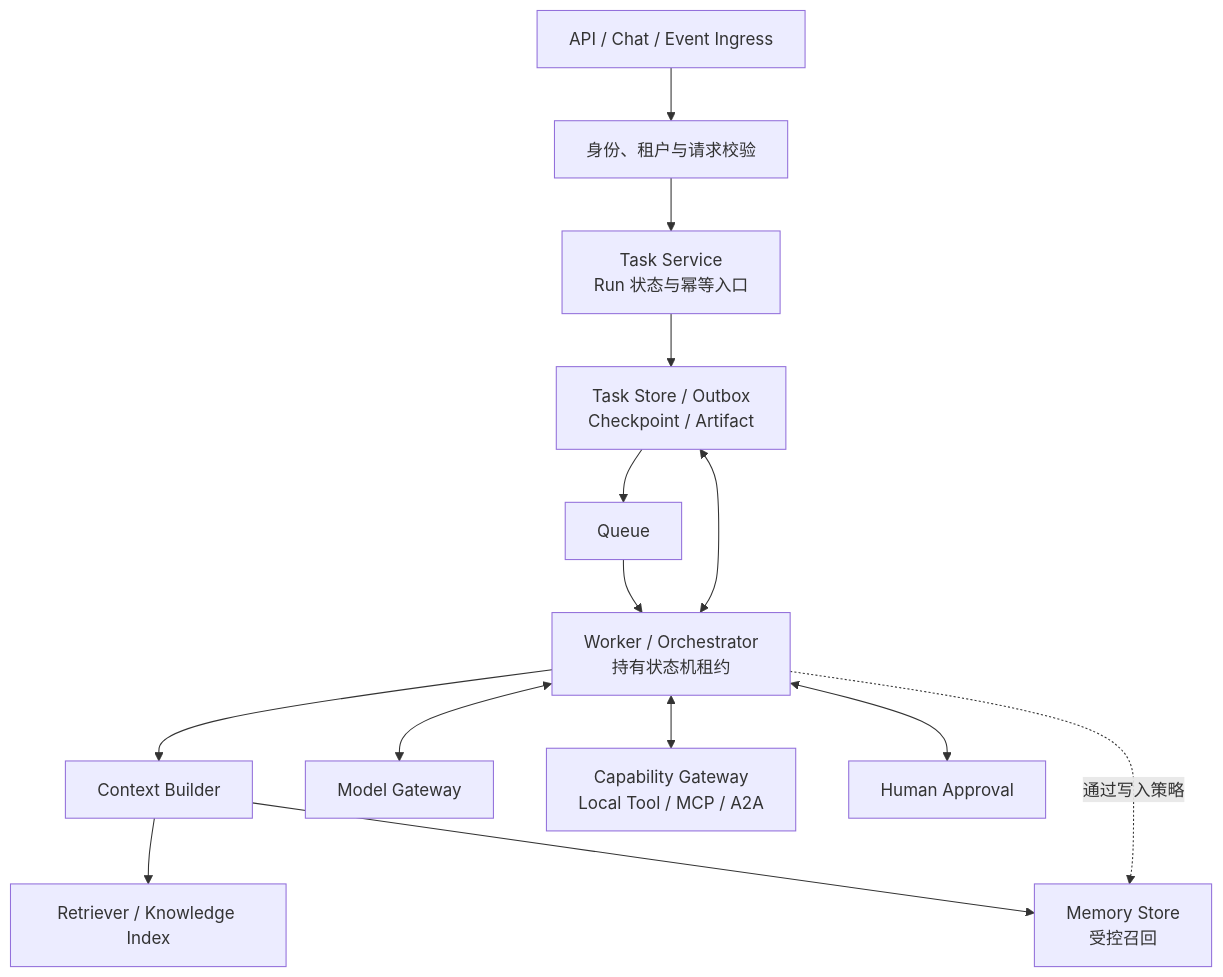
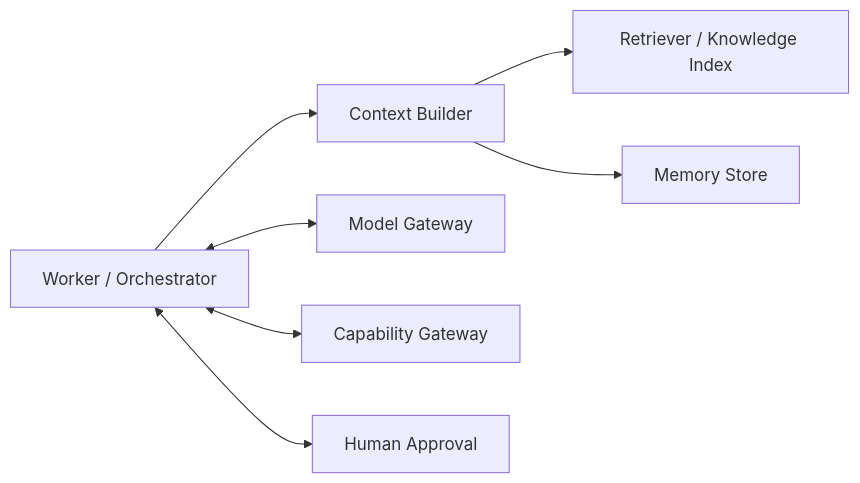
Before and after one commit to FoLaJJ/agent-systems-notes: the second of 7 diagrams in docs/15-production-agent-runtime.md, drawn with Mermaid. The commit also changed other lines of this file and 11 other files, not shown here.

Commit message:
Improve Mermaid diagram readability

````diff
--- a/docs/15-production-agent-runtime.md
+++ b/docs/15-production-agent-runtime.md
@@ -27,16 +37,9 @@
 ```mermaid
-flowchart TB
-    U["API / Chat / Event Ingress"] --> A["身份、租户与请求校验"]
-    A --> T["Task Service<br/>Run 状态与幂等入口"]
-    T --> S["Task Store / Outbox<br/>Checkpoint / Artifact"]
-    S --> Q["Queue"]
-    Q --> W["Worker / Orchestrator<br/>持有状态机租约"]
-    W --> C["Context Builder"]
+flowchart LR
+    W["Worker / Orchestrator"] --> C["Context Builder"]
     C --> R["Retriever / Knowledge Index"]
-    C --> M["Memory Store<br/>受控召回"]
-    W -. "通过写入策略" .-> M
+    C --> M["Memory Store"]
     W <--> G["Model Gateway"]
-    W <--> P["Capability Gateway<br/>Local Tool / MCP / A2A"]
+    W <--> P["Capability Gateway"]
     W <--> H["Human Approval"]
-    W <--> S
 ```
````
